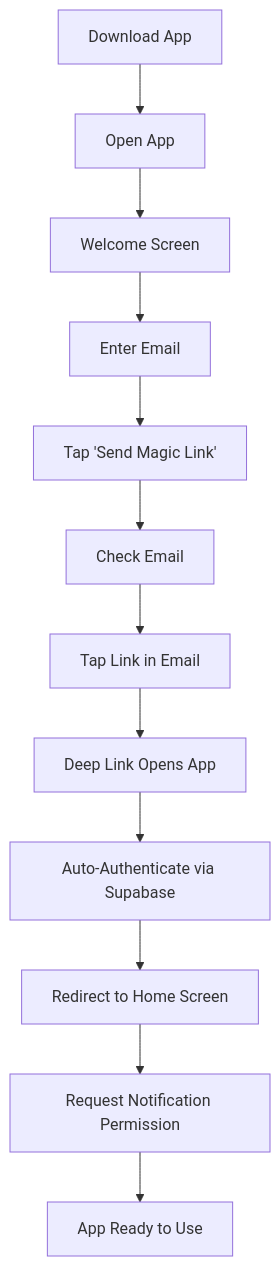
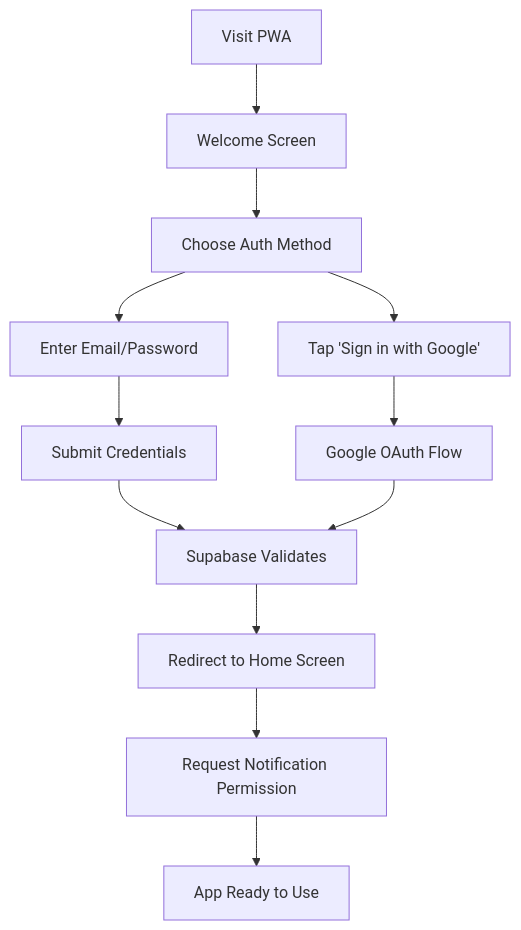
One commit to Sallvainian/My-Love changed the fifth of 5 diagrams in docs/09-UX-Spec/ux-design-specification.md. Above: the diagram before and after it, drawn with Mermaid. The commit also changed other lines of this file and 723 other files, not shown here.

````diff
--- a/docs/09-UX-Spec/ux-design-specification.md
+++ b/docs/09-UX-Spec/ux-design-specification.md
@@ -369,14 +369,14 @@
 ```mermaid
 graph TD
-    A[Download App] --> B[Open App]
-    B --> C[Welcome Screen]
-    C --> D[Enter Email]
-    D --> E[Tap 'Send Magic Link']
-    E --> F[Check Email]
-    F --> G[Tap Link in Email]
-    G --> H[Deep Link Opens App]
-    H --> I[Auto-Authenticate via Supabase]
-    I --> J[Redirect to Home Screen]
-    J --> K[Request Notification Permission]
-    K --> L[App Ready to Use]
+    A[Visit PWA] --> B[Welcome Screen]
+    B --> C[Choose Auth Method]
+    C --> D1[Enter Email/Password]
+    C --> D2[Tap 'Sign in with Google']
+    D1 --> E[Submit Credentials]
+    D2 --> F[Google OAuth Flow]
+    E --> G[Supabase Validates]
+    F --> G
+    G --> H[Redirect to Home Screen]
+    H --> I[Request Notification Permission]
+    I --> J[App Ready to Use]
 ```
````
